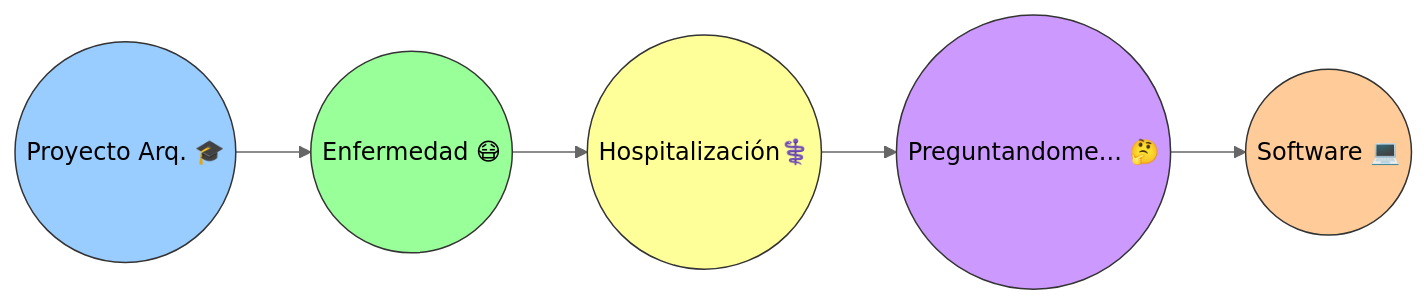
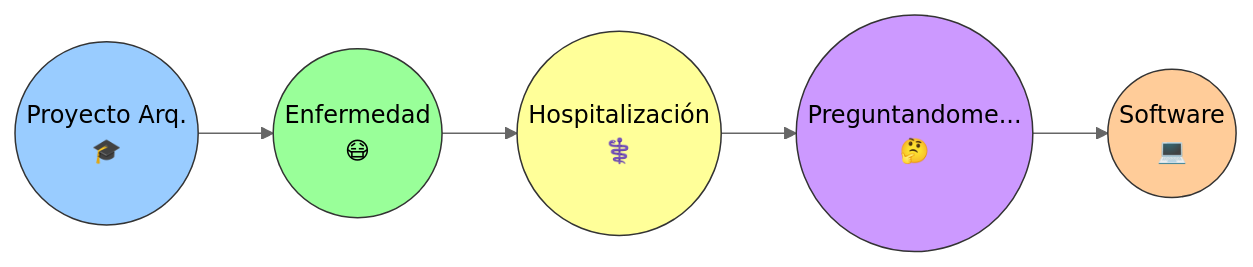
One commit to JhalexR/learning-journey changed the third of 6 diagrams in Knowledge Base/2 Articulos e investigaciones/3. Hospitalización y Software.md. Above: the diagram before and after it, drawn with Mermaid (neutral theme).

Commit message:
Update 3. Hospitalización y Software.md
Stylistic editing

````diff
--- a/Knowledge Base/2 Articulos e investigaciones/3. Hospitalización y Software.md
+++ b/Knowledge Base/2 Articulos e investigaciones/3. Hospitalización y Software.md
@@ -88,20 +88,25 @@
 ```mermaid
 flowchart LR
 
-Studio(("Proyecto Arq. 🎓"))
-Salud(("Enfermedad 😷"))
-Medicina(("Hospitalización⚕️"))
-Pensando(("Preguntandome... 🤔"))
-System(("Software 💻"))
+Studio(("Proyecto Arq. 
+🎓"))
+Salud(("Enfermedad 
+😷"))
+Medicina(("Hospitalización
+⚕️"))
+Pensando(("Preguntandome... 
+🤔"))
+System(("Software 
+💻"))
 
-style Studio fill:#99ccff,stroke:#333,stroke-width:1px
-style Salud fill:#99ff99,stroke:#333,stroke-width:1px
-style Medicina fill:#ffff99,stroke:#333,stroke-width:1px
-style Pensando fill:#cc99ff,stroke:#333,stroke-width:1px
-style System fill:#ffcc99,stroke:#333,stroke-width:1px
+style Studio fill:#99ccff,stroke:#333,stroke-width:1px,color:#000000
+style Salud fill:#99ff99,stroke:#333,stroke-width:1px,color:#000000
+style Medicina fill:#ffff99,stroke:#333,stroke-width:1px,color:#000000
+style Pensando fill:#cc99ff,stroke:#333,stroke-width:1px,color:#000000
+style System fill:#ffcc99,stroke:#333,stroke-width:1px,color:#000000
 
 Studio --> Salud
 Salud --> Medicina
 Medicina --> Pensando
 Pensando --> System
 ```
````
